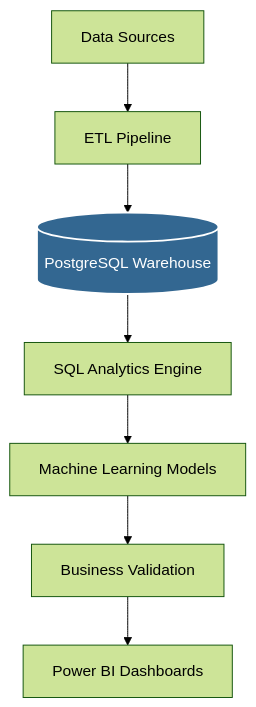
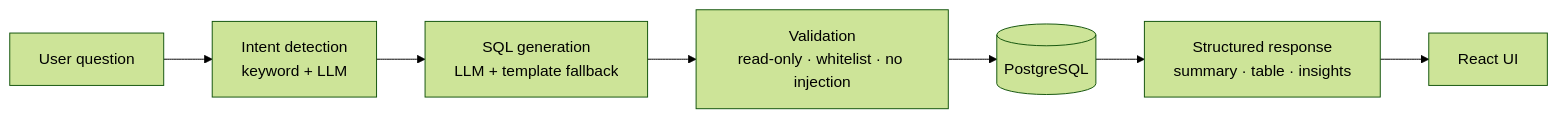
One commit to KAISTACK07/FinSight-360 changed the second of 2 diagrams in README.md. Above: the diagram before and after it, drawn with Mermaid (forest theme). The commit also changed other lines of this file, not shown here.

First line of the commit message:
docs: interactive README with badges, collapsible sections, and diagrams (#2)

````diff
--- a/README.md
+++ b/README.md
@@ -68,12 +157,9 @@
 ```mermaid
-graph TD
-    A[Data Sources] --> B[ETL Pipeline]
-    B --> C[(PostgreSQL Warehouse)]
-    C --> D[SQL Analytics Engine]
-    D --> E[Machine Learning Models]
-    E --> F[Business Validation]
-    F --> G[Power BI Dashboards]
-    
-    classDef database fill:#336791,stroke:#fff,stroke-width:2px,color:#fff;
-    class C database;
+flowchart LR
+    U[User question] --> I[Intent detection<br/>keyword + LLM]
+    I --> G[SQL generation<br/>LLM + template fallback]
+    G --> V[Validation<br/>read-only · whitelist · no injection]
+    V --> X[(PostgreSQL)]
+    X --> R[Structured response<br/>summary · table · insights]
+    R --> UI[React UI]
 ```
````
